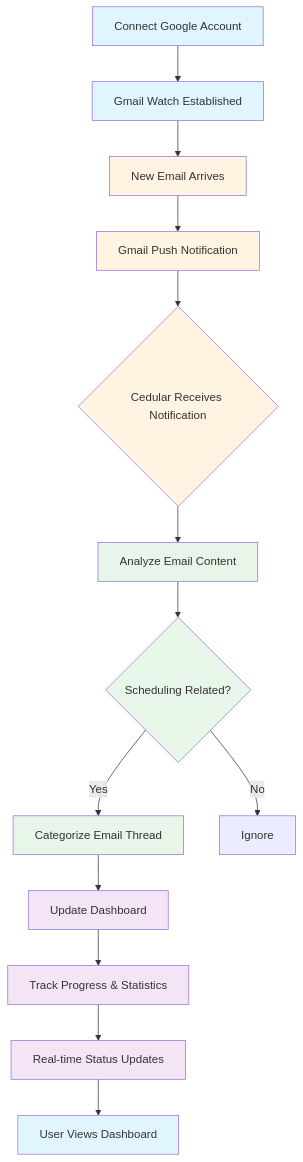
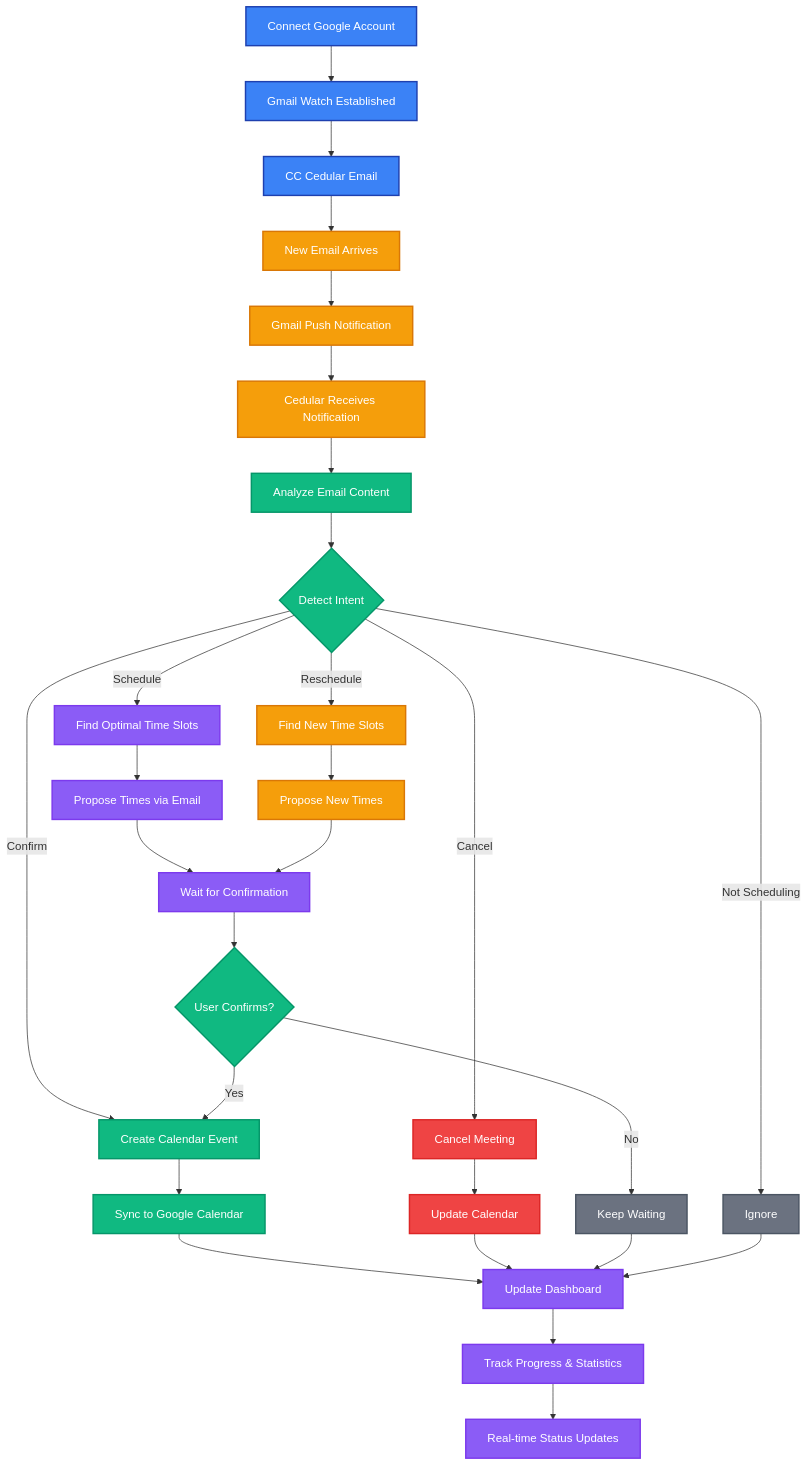
Before and after one commit to adarshaacharya/cedular: the diagram in README.md, drawn with Mermaid. The commit also changed other lines of this file and 2 other files, not shown here.

Commit message:
style: update flowchart colors and styles in README.md for improved visual clarity

````diff
--- a/README.md
+++ b/README.md
@@ -44,28 +55,58 @@
 ```mermaid
 flowchart TD
     A[Connect Google Account] --> B[Gmail Watch Established]
-    B --> C[New Email Arrives]
-    C --> D[Gmail Push Notification]
-    D --> E{Cedular Receives Notification}
-    E --> F[Analyze Email Content]
-    F --> G{Scheduling Related?}
-    G -->|Yes| H[Categorize Email Thread]
-    G -->|No| I[Ignore]
-    H --> J[Update Dashboard]
-    J --> K[Track Progress & Statistics]
-    K --> L[Real-time Status Updates]
-    L --> M[User Views Dashboard]
+    B --> C[CC Cedular Email]
+    C --> D[New Email Arrives]
+    D --> E[Gmail Push Notification]
+    E --> F[Cedular Receives Notification]
+    F --> G[Analyze Email Content]
+    G --> H{Detect Intent}
 
-    style A fill:#e1f5ff
-    style B fill:#e1f5ff
-    style C fill:#fff4e1
-    style D fill:#fff4e1
-    style E fill:#fff4e1
-    style F fill:#e8f5e9
-    style G fill:#e8f5e9
-    style H fill:#e8f5e9
-    style J fill:#f3e5f5
-    style K fill:#f3e5f5
-    style L fill:#f3e5f5
-    style M fill:#e1f5ff
+    H -->|Schedule| I[Find Optimal Time Slots]
+    H -->|Confirm| J[Create Calendar Event]
+    H -->|Reschedule| K[Find New Time Slots]
+    H -->|Cancel| L[Cancel Meeting]
+    H -->|Not Scheduling| M[Ignore]
+
+    I --> N[Propose Times via Email]
+    N --> O[Wait for Confirmation]
+    O --> P{User Confirms?}
+    P -->|Yes| J
+    P -->|No| Q[Keep Waiting]
+
+    J --> R[Sync to Google Calendar]
+    K --> S[Propose New Times]
+    S --> O
+    L --> T[Update Calendar]
+
+    R --> U[Update Dashboard]
+    T --> U
+    Q --> U
+    M --> U
+    U --> V[Track Progress & Statistics]
+    V --> W[Real-time Status Updates]
+
+    style A fill:#3b82f6,stroke:#1e40af,stroke-width:2px,color:#fff
+    style B fill:#3b82f6,stroke:#1e40af,stroke-width:2px,color:#fff
+    style C fill:#3b82f6,stroke:#1e40af,stroke-width:2px,color:#fff
+    style D fill:#f59e0b,stroke:#d97706,stroke-width:2px,color:#fff
+    style E fill:#f59e0b,stroke:#d97706,stroke-width:2px,color:#fff
+    style F fill:#f59e0b,stroke:#d97706,stroke-width:2px,color:#fff
+    style G fill:#10b981,stroke:#059669,stroke-width:2px,color:#fff
+    style H fill:#10b981,stroke:#059669,stroke-width:2px,color:#fff
+    style I fill:#8b5cf6,stroke:#7c3aed,stroke-width:2px,color:#fff
+    style J fill:#10b981,stroke:#059669,stroke-width:2px,color:#fff
+    style K fill:#f59e0b,stroke:#d97706,stroke-width:2px,color:#fff
+    style L fill:#ef4444,stroke:#dc2626,stroke-width:2px,color:#fff
+    style M fill:#6b7280,stroke:#4b5563,stroke-width:2px,color:#fff
+    style N fill:#8b5cf6,stroke:#7c3aed,stroke-width:2px,color:#fff
+    style O fill:#8b5cf6,stroke:#7c3aed,stroke-width:2px,color:#fff
+    style P fill:#10b981,stroke:#059669,stroke-width:2px,color:#fff
+    style Q fill:#6b7280,stroke:#4b5563,stroke-width:2px,color:#fff
+    style R fill:#10b981,stroke:#059669,stroke-width:2px,color:#fff
+    style S fill:#f59e0b,stroke:#d97706,stroke-width:2px,color:#fff
+    style T fill:#ef4444,stroke:#dc2626,stroke-width:2px,color:#fff
+    style U fill:#8b5cf6,stroke:#7c3aed,stroke-width:2px,color:#fff
+    style V fill:#8b5cf6,stroke:#7c3aed,stroke-width:2px,color:#fff
+    style W fill:#8b5cf6,stroke:#7c3aed,stroke-width:2px,color:#fff
 ```
````
